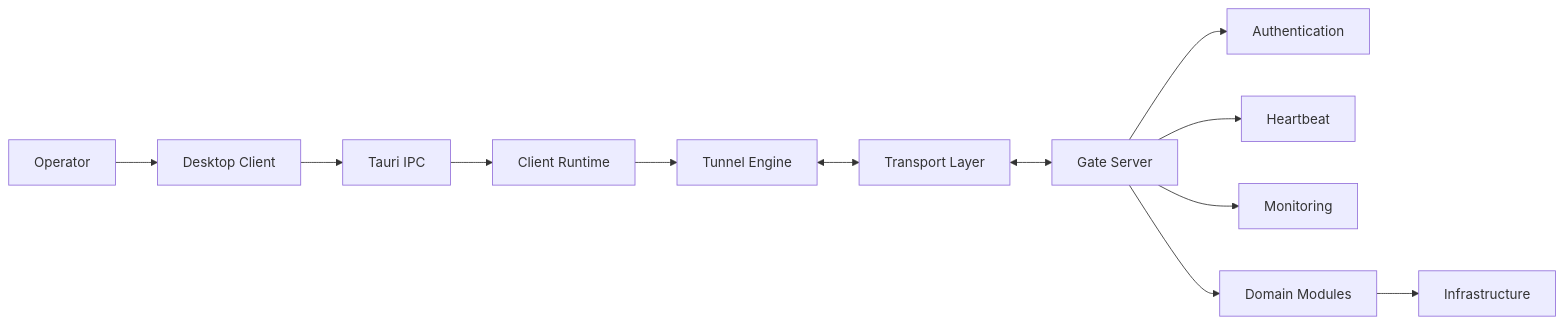
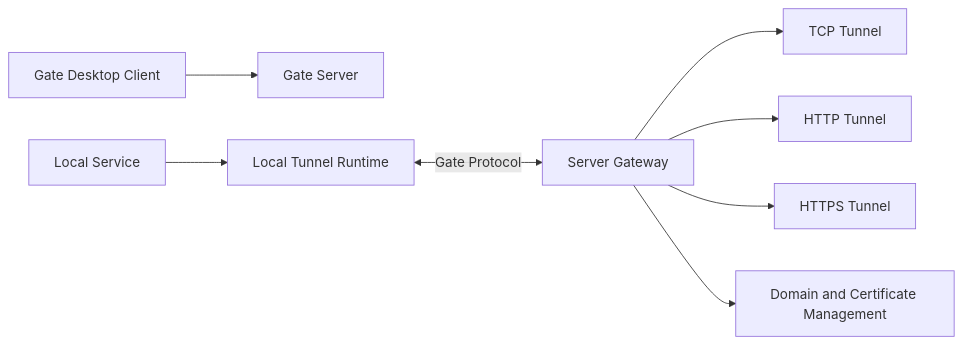
The diagram in ARCHITECTURE.md (Somirk134/Gate), drawn with Mermaid before and after one commit. The commit also changed other lines of this file and 146 other files, not shown here.

````diff
--- a/ARCHITECTURE.md
+++ b/ARCHITECTURE.md
@@ -31,14 +15,10 @@
 ```mermaid
 flowchart LR
-  Operator["Operator"] --> Desktop["Desktop Client"]
-  Desktop --> IPC["Tauri IPC"]
-  IPC --> ClientRuntime["Client Runtime"]
-  ClientRuntime --> TunnelEngine["Tunnel Engine"]
-  TunnelEngine <--> Transport["Transport Layer"]
-  Transport <--> Server["Gate Server"]
-  Server --> Auth["Authentication"]
-  Server --> Heartbeat["Heartbeat"]
-  Server --> Monitoring["Monitoring"]
-  Server --> Domain["Domain Modules"]
-  Domain --> Infra["Infrastructure"]
+    Desktop["Gate Desktop Client"] --> Server["Gate Server"]
+    Local["Local Service"] --> Runtime["Local Tunnel Runtime"]
+    Runtime <-->|"Gate Protocol"| Gateway["Server Gateway"]
+    Gateway --> TCP["TCP Tunnel"]
+    Gateway --> HTTP["HTTP Tunnel"]
+    Gateway --> HTTPS["HTTPS Tunnel"]
+    Gateway --> Domain["Domain and Certificate Management"]
 ```
````
